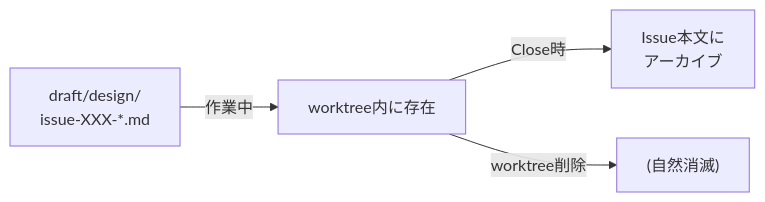
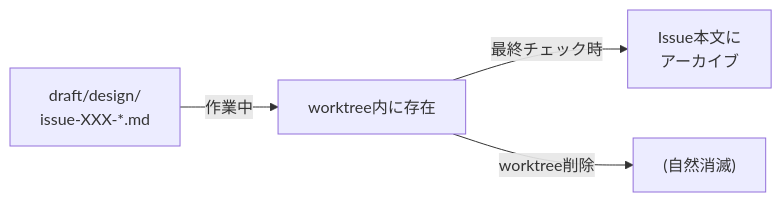
One commit to apokamo/kaji changed the second of 2 diagrams in docs/dev/workflow_feature_development.md. Above: the diagram before and after it, drawn with Mermaid. The commit also changed other lines of this file and 1 other file, not shown here.

````diff
--- a/docs/dev/workflow_feature_development.md
+++ b/docs/dev/workflow_feature_development.md
@@ -189,6 +189,6 @@
 ```mermaid
 flowchart LR
     A["draft/design/<br/>issue-XXX-*.md"] -->|作業中| B["worktree内に存在"]
-    B -->|Close時| C["Issue本文に<br/>アーカイブ"]
+    B -->|最終チェック時| C["Issue本文に<br/>アーカイブ"]
     B -->|worktree削除| D["(自然消滅)"]
 ```
````
